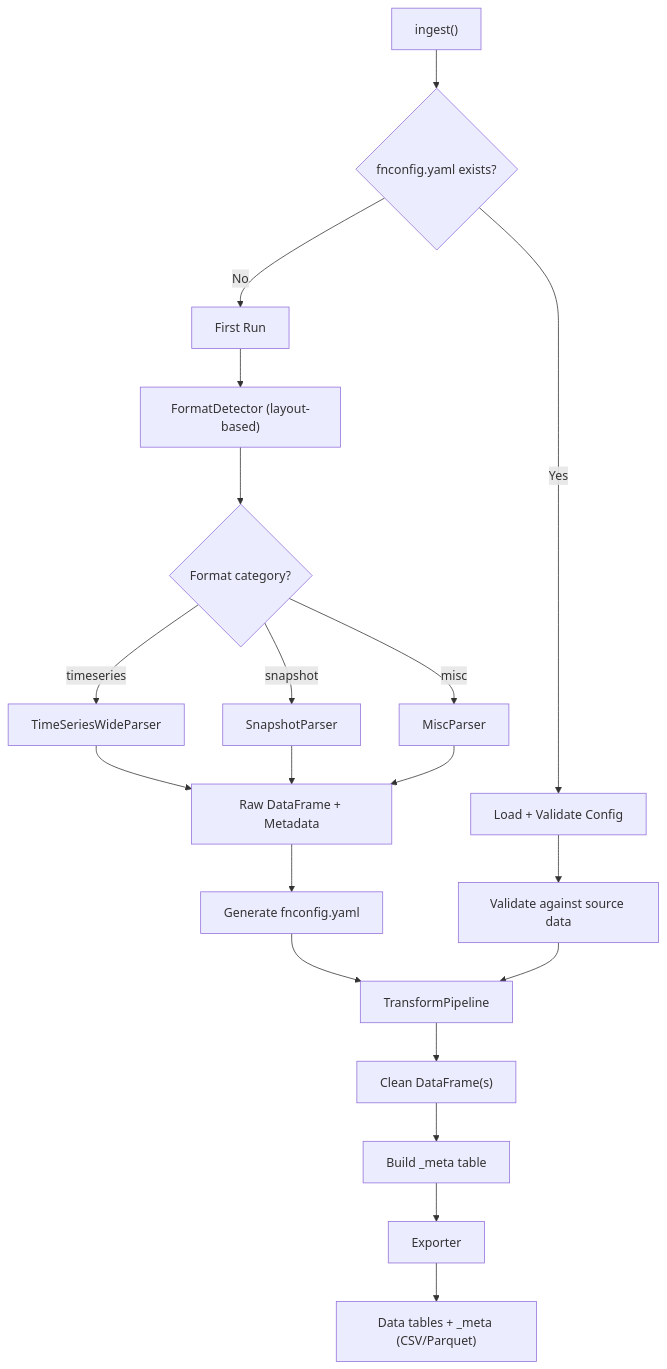
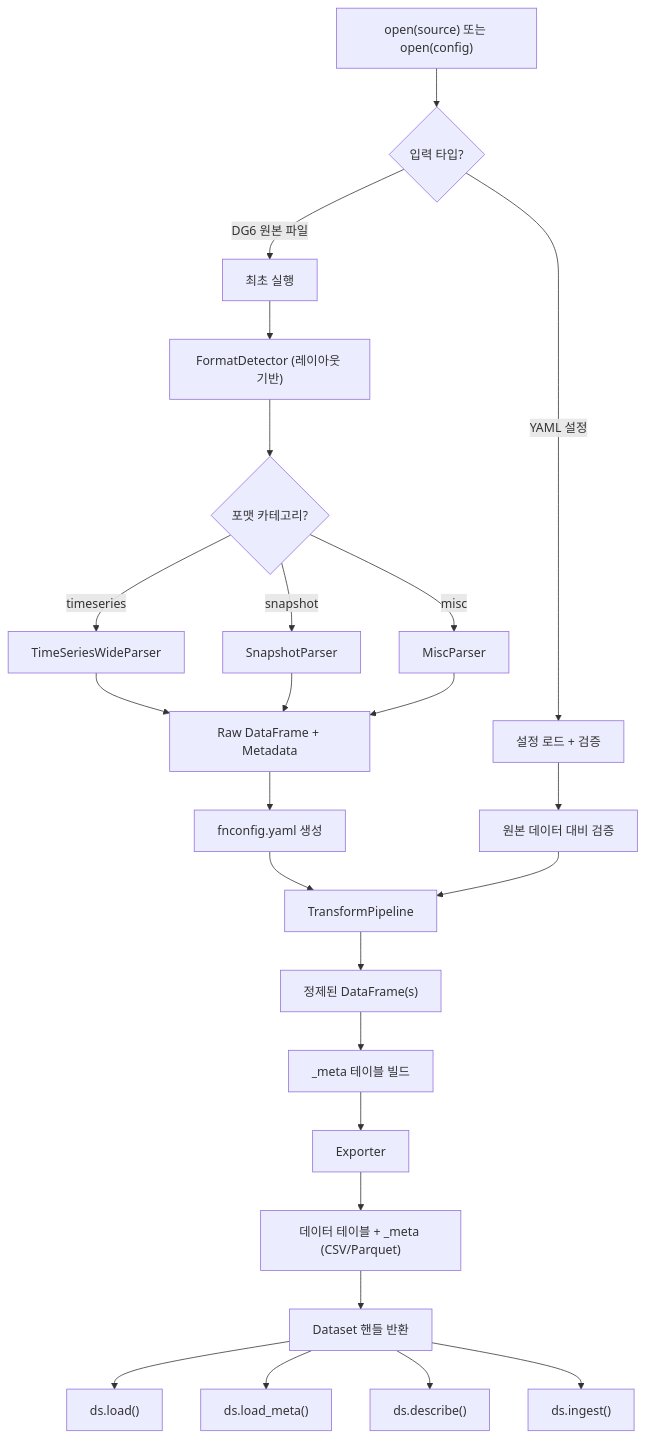
One commit to jaepil-choi/fn-dg6-ingest changed the diagram in docs/vibe/prd.md. Above: the diagram before and after it, drawn with Mermaid. The commit also changed other lines of this file and 1 other file, not shown here.

First line of the commit message:
Rewrite PRD and checkpoint for Phase 2 Dataset-centric architecture

````diff
--- a/docs/vibe/prd.md
+++ b/docs/vibe/prd.md
@@ -247,25 +359,31 @@
 ```mermaid
 flowchart TD
-    Start["ingest()"] --> ConfigCheck{"fnconfig.yaml exists?"}
-    ConfigCheck -->|No| FirstRun["First Run"]
-    ConfigCheck -->|Yes| LoadConfig["Load + Validate Config"]
+    Open["open(source) 또는 open(config)"] --> TypeCheck{"입력 타입?"}
+    TypeCheck -->|DG6 원본 파일| FirstRun["최초 실행"]
+    TypeCheck -->|YAML 설정| LoadConfig["설정 로드 + 검증"]
 
-    FirstRun --> Detect["FormatDetector (layout-based)"]
-    Detect --> Router{"Format category?"}
+    FirstRun --> Detect["FormatDetector (레이아웃 기반)"]
+    Detect --> Router{"포맷 카테고리?"}
     Router -->|timeseries| TSParser["TimeSeriesWideParser"]
     Router -->|snapshot| SnapParser["SnapshotParser"]
     Router -->|misc| MiscParser["MiscParser"]
     TSParser --> RawFrame["Raw DataFrame + Metadata"]
     SnapParser --> RawFrame
     MiscParser --> RawFrame
-    RawFrame --> GenConfig["Generate fnconfig.yaml"]
+    RawFrame --> GenConfig["fnconfig.yaml 생성"]
     GenConfig --> Pipeline["TransformPipeline"]
 
-    LoadConfig --> ValidateConfig["Validate against source data"]
+    LoadConfig --> ValidateConfig["원본 데이터 대비 검증"]
     ValidateConfig --> Pipeline
 
-    Pipeline --> Clean["Clean DataFrame(s)"]
-    Clean --> MetaBuilder["Build _meta table"]
+    Pipeline --> Clean["정제된 DataFrame(s)"]
+    Clean --> MetaBuilder["_meta 테이블 빌드"]
     MetaBuilder --> Exporter["Exporter"]
-    Exporter --> Output["Data tables + _meta (CSV/Parquet)"]
+    Exporter --> Output["데이터 테이블 + _meta (CSV/Parquet)"]
+    Output --> DSHandle["Dataset 핸들 반환"]
+
+    DSHandle --> Load["ds.load()"]
+    DSHandle --> LoadMeta["ds.load_meta()"]
+    DSHandle --> Describe["ds.describe()"]
+    DSHandle --> Reingest["ds.ingest()"]
 ```
````
